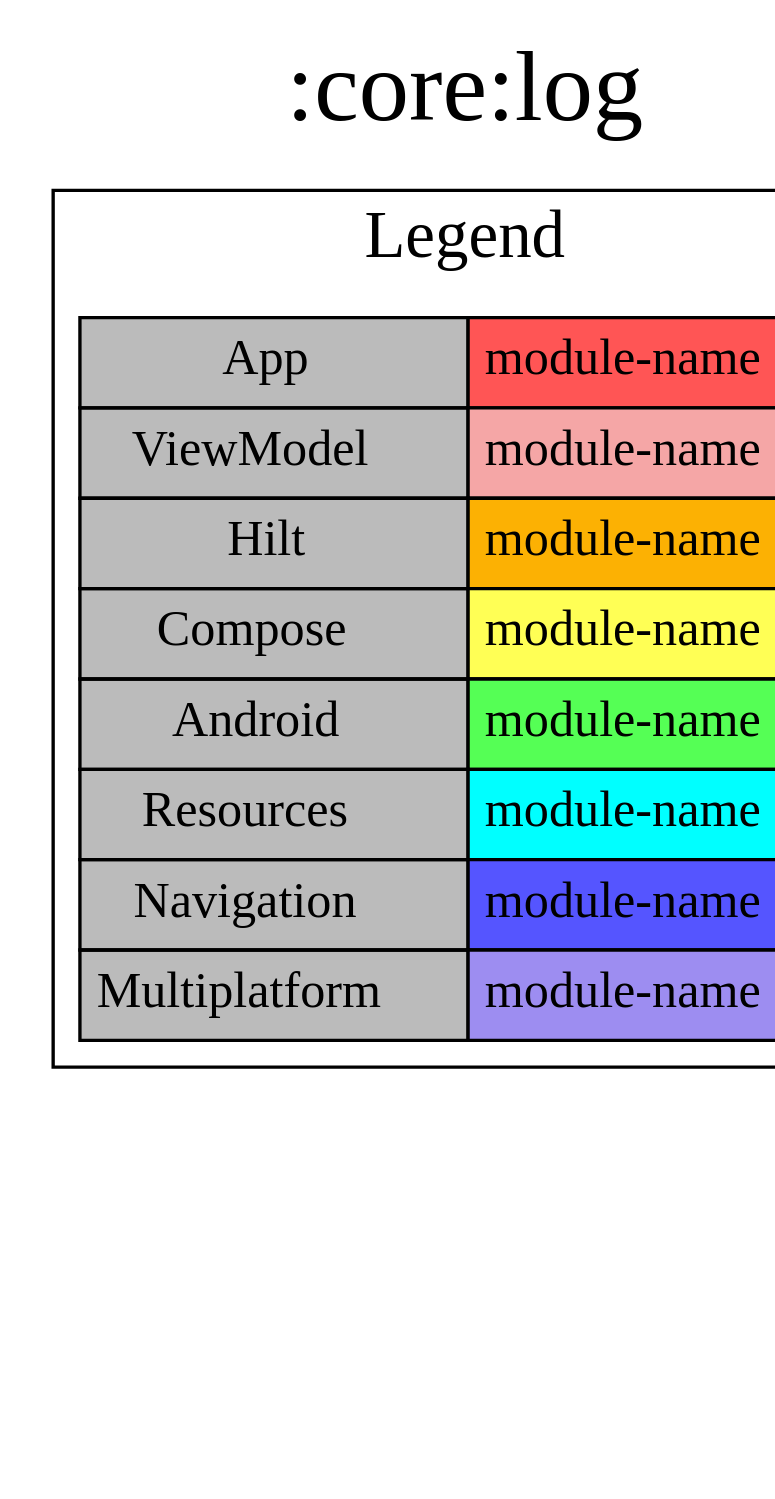
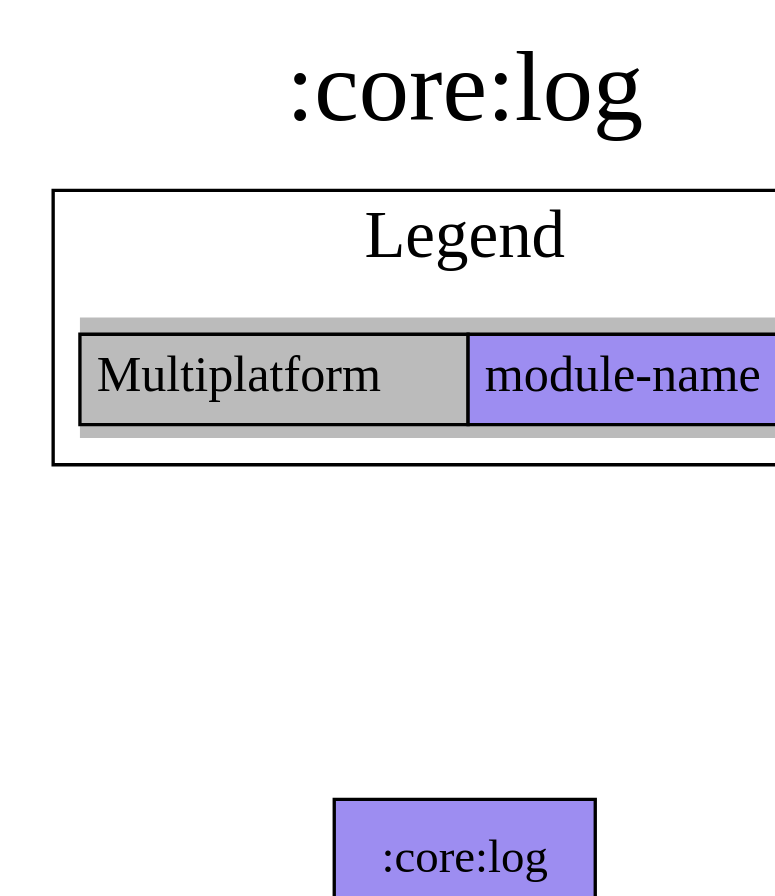
One commit to jonapoul/aktual changed the diagram in modules/core/log/project-dependency-graph.dot. Above: the diagram before and after it, drawn with Graphviz. The commit also changed 52 other files, not shown here.

```diff
--- a/modules/core/log/project-dependency-graph.dot
+++ b/modules/core/log/project-dependency-graph.dot
@@ -1,26 +1,19 @@
 digraph {
 edge ["dir"="forward"]
 graph ["dpi"="100","label"=":core:log","labelloc"="t","fontsize"="30","ranksep"="1.5","rankdir"="TB"]
 node ["style"="filled"]
 ":core:log" ["fillcolor"="#9D8DF1","shape"="box"]
 {
 edge ["dir"="none"]
 graph ["rank"="same"]
 }
 subgraph "cluster_legend" {
 edge ["dir"="none"]
 graph ["label"="Legend","fontsize"="20"]
 "Legend" ["style"="filled","fillcolor"="#bbbbbb","shape"="none","margin"="0","fontsize"="15","label"=<
 <TABLE BORDER="0" CELLBORDER="1" CELLSPACING="0" CELLPADDING="4">
-<TR><TD>App</TD><TD BGCOLOR="#FF5555">module-name</TD></TR>
-<TR><TD>ViewModel</TD><TD BGCOLOR="#F5A6A6">module-name</TD></TR>
-<TR><TD>Hilt</TD><TD BGCOLOR="#FCB103">module-name</TD></TR>
-<TR><TD>Compose</TD><TD BGCOLOR="#FFFF55">module-name</TD></TR>
-<TR><TD>Android</TD><TD BGCOLOR="#55FF55">module-name</TD></TR>
-<TR><TD>Resources</TD><TD BGCOLOR="#00FFFF">module-name</TD></TR>
-<TR><TD>Navigation</TD><TD BGCOLOR="#5555FF">module-name</TD></TR>
 <TR><TD>Multiplatform</TD><TD BGCOLOR="#9D8DF1">module-name</TD></TR>
 </TABLE>
 >]
 } -> ":core:log" ["style"="invis"]
 }
```
